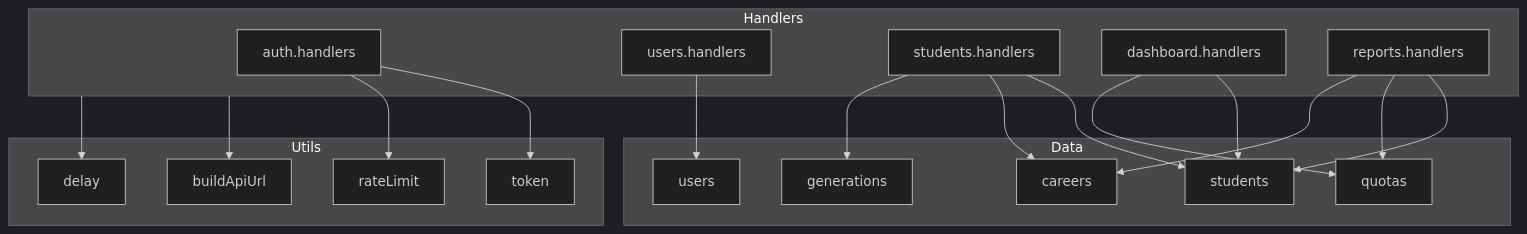
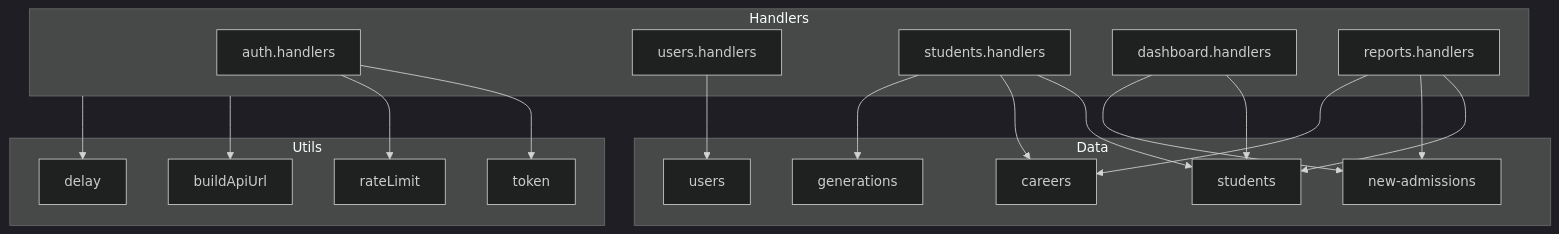
The second of 2 diagrams in apps/sistema-titulacion-cliente/src/mocks/README.md (Mario-jesus/sistema-titulacion), drawn with Mermaid (dark theme) before and after one commit. The commit also changed other lines of this file and 61 other files, not shown here.

First line of the commit message:
Refactor quotas to new admissions structure and update related components

````diff
--- a/apps/sistema-titulacion-cliente/src/mocks/README.md
+++ b/apps/sistema-titulacion-cliente/src/mocks/README.md
@@ -107,39 +107,39 @@
 ```mermaid
 flowchart TB
   subgraph Handlers
     auth[auth.handlers]
     users[users.handlers]
     students[students.handlers]
     dashboard[dashboard.handlers]
     reports[reports.handlers]
   end
 
   subgraph Utils
     buildApiUrl[buildApiUrl]
     delay[delay]
     token[token]
     rateLimit[rateLimit]
   end
 
   subgraph Data
     usersData[users]
     studentsData[students]
     careersData[careers]
     generationsData[generations]
-    quotasData[quotas]
+    newAdmissionsData[new-admissions]
   end
 
   auth --> token
   auth --> rateLimit
   users --> usersData
   students --> studentsData
   students --> careersData
   students --> generationsData
   dashboard --> studentsData
-  dashboard --> quotasData
+  dashboard --> newAdmissionsData
   reports --> studentsData
-  reports --> quotasData
+  reports --> newAdmissionsData
   reports --> careersData
   Handlers --> buildApiUrl
   Handlers --> delay
 ```
````
